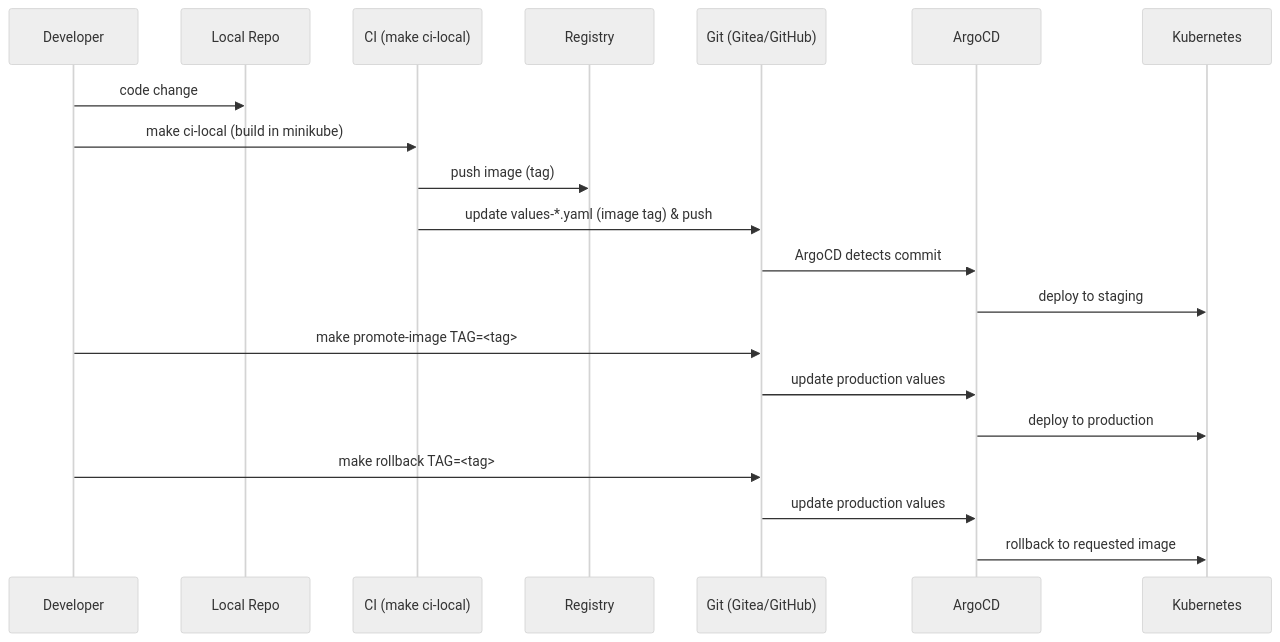
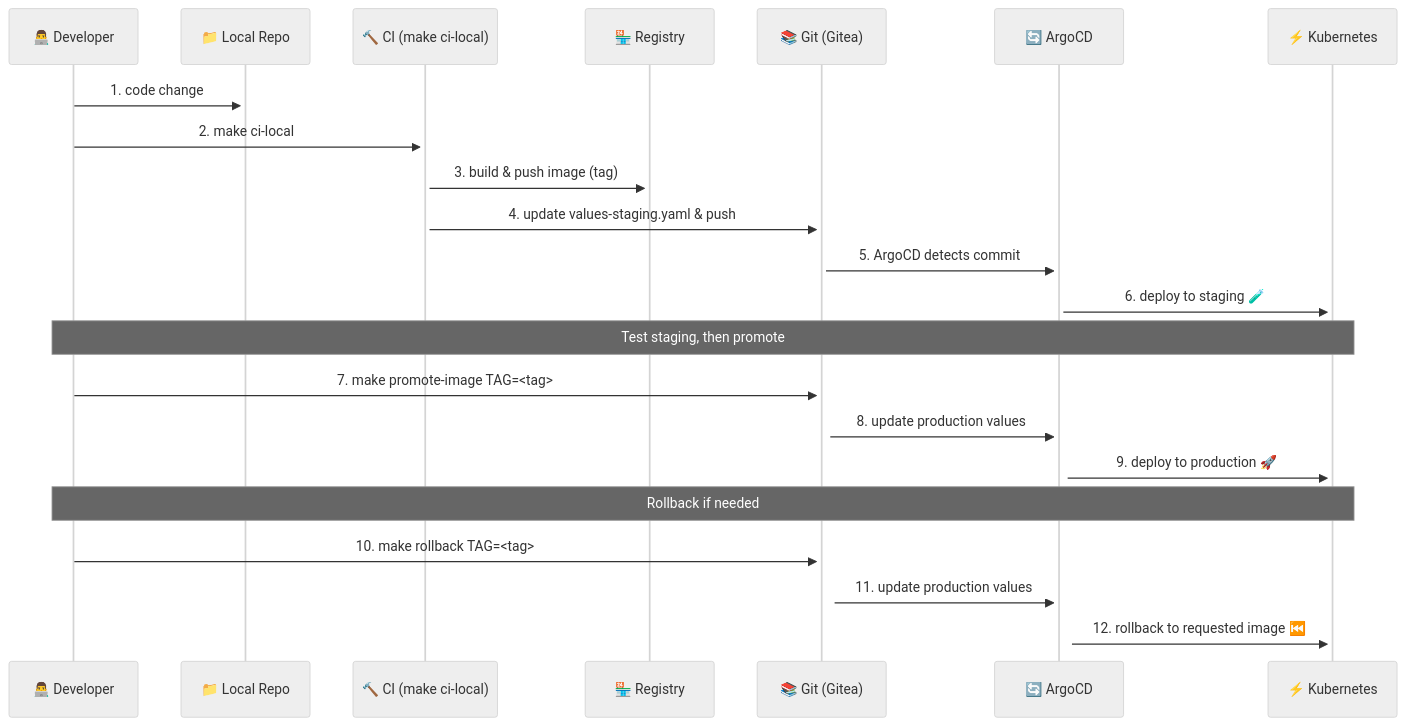
One commit to aman26ps/cicd-demo-local changed the second of 2 diagrams in README.md. Above: the diagram before and after it, drawn with Mermaid (neutral theme). The commit also changed other lines of this file, not shown here.

````diff
--- a/README.md
+++ b/README.md
@@ -51,23 +116,29 @@
 ```mermaid
 sequenceDiagram
-    participant Dev as Developer
-    participant Local as Local Repo
-    participant CI as CI (make ci-local)
-    participant Reg as Registry
-    participant Git as Git (Gitea/GitHub)
-    participant Argo as ArgoCD
-    participant K8s as Kubernetes
+    participant Dev as 👨‍💻 Developer
+    participant Local as 📁 Local Repo
+    participant CI as 🔨 CI (make ci-local)
+    participant Reg as 🏪 Registry
+    participant Git as 📚 Git (Gitea)
+    participant Argo as 🔄 ArgoCD
+    participant K8s as ⚡ Kubernetes
 
-    Dev->>Local: code change
-    Dev->>CI: make ci-local (build in minikube)
-    CI->>Reg: push image (tag)
-    CI->>Git: update values-*.yaml (image tag) & push
-    Git->>Argo: ArgoCD detects commit
-    Argo->>K8s: deploy to staging
-    Dev->>Git: make promote-image TAG=<tag>
-    Git->>Argo: update production values
-    Argo->>K8s: deploy to production
-    Dev->>Git: make rollback TAG=<tag>
-    Git->>Argo: update production values
-    Argo->>K8s: rollback to requested image
+    Dev->>+Local: 1. code change
+    Dev->>+CI: 2. make ci-local
+    CI->>+Reg: 3. build & push image (tag)
+    CI->>+Git: 4. update values-staging.yaml & push
+    Git->>+Argo: 5. ArgoCD detects commit
+    Argo->>+K8s: 6. deploy to staging 🧪
+    
+    Note over Dev,K8s: Test staging, then promote
+    
+    Dev->>+Git: 7. make promote-image TAG=<tag>
+    Git->>+Argo: 8. update production values
+    Argo->>+K8s: 9. deploy to production 🚀
+    
+    Note over Dev,K8s: Rollback if needed
+    
+    Dev->>+Git: 10. make rollback TAG=<tag>
+    Git->>+Argo: 11. update production values
+    Argo->>+K8s: 12. rollback to requested image ⏮️
 ```
````
